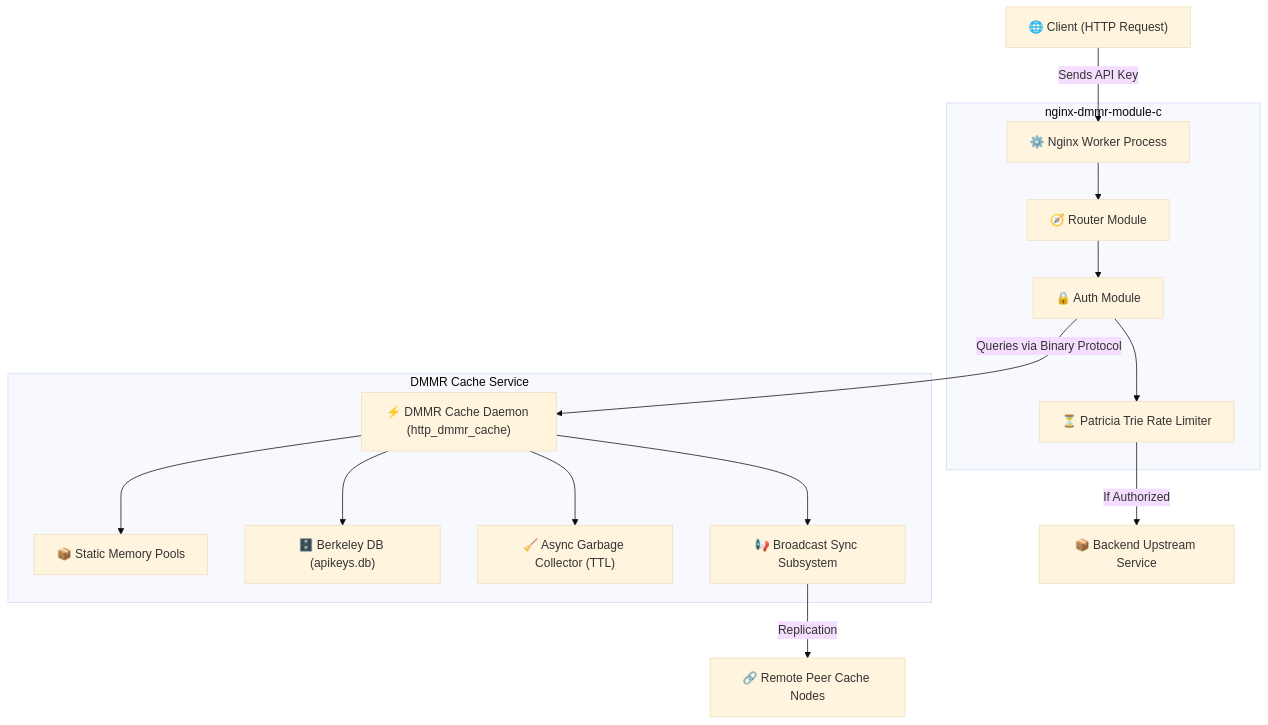
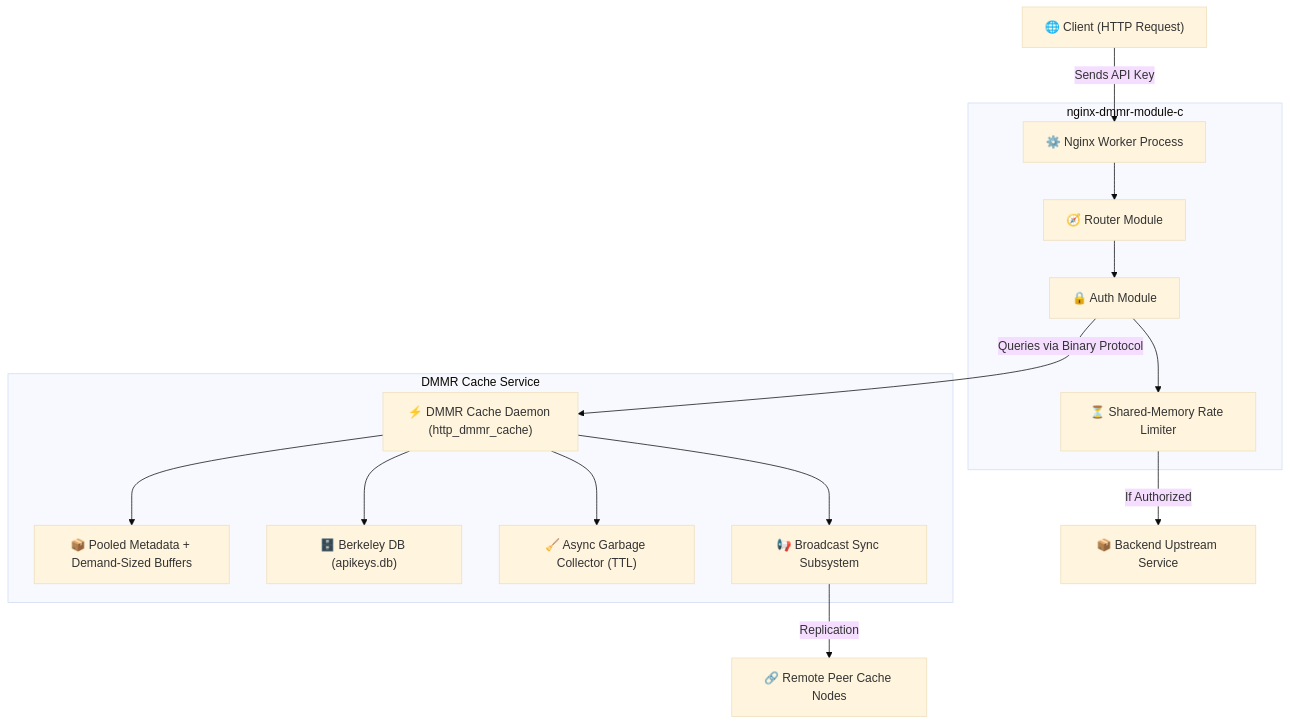
Before and after one commit to rootmese/http_dmmr_nginx: the diagram in README.md, drawn with Mermaid (base theme). The commit also changed other lines of this file and 8 other files, not shown here.

Commit message:
FEATURE: Rate Limit para shared memory do NGINX

````diff
--- a/README.md
+++ b/README.md
@@ -19,22 +21,22 @@
 ```mermaid
 graph TD
     Client["🌐 Client (HTTP Request)"] -->|Sends API Key| Nginx["⚙️ Nginx Worker Process"]
     
     subgraph nginx_module ["nginx-dmmr-module-c"]
         Nginx --> Router["🧭 Router Module"]
         Router --> Auth["🔒 Auth Module"]
-        Auth --> RateLimit["⏳ Patricia Trie Rate Limiter"]
+        Auth --> RateLimit["⏳ Shared-Memory Rate Limiter"]
     end
     
     Auth -->|Queries via Binary Protocol| CacheDaemon["⚡ DMMR Cache Daemon (http_dmmr_cache)"]
     
     subgraph cache_service ["DMMR Cache Service"]
-        CacheDaemon --> MemoryPools["📦 Static Memory Pools"]
+        CacheDaemon --> MemoryPools["📦 Pooled Metadata + Demand-Sized Buffers"]
         CacheDaemon --> BDB["🗄️ Berkeley DB (apikeys.db)"]
         CacheDaemon --> GC["🧹 Async Garbage Collector (TTL)"]
         CacheDaemon --> Broadcast["📢 Broadcast Sync Subsystem"]
     end
     
     Broadcast -->|Replication| PeerNode["🔗 Remote Peer Cache Nodes"]
     RateLimit -->|If Authorized| Upstream["📦 Backend Upstream Service"]
 ```
````
